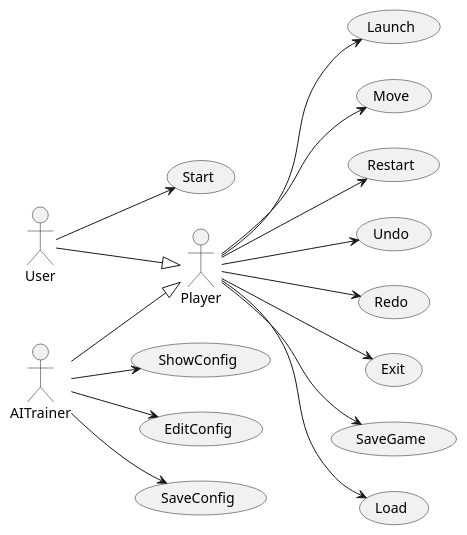
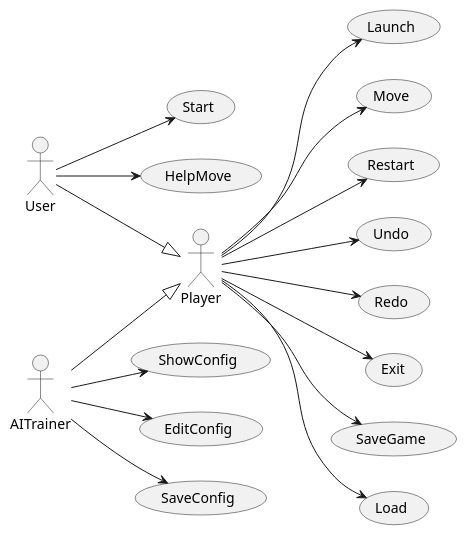
The diagram in docs/src/use-cases/use-cases.plantuml (Master-Desarrollo-20-21/patrones-diseno---practica-final---juego-de-las-damas-fraylopez), drawn with PlantUML before and after one commit. The commit also changed 5 other files, not shown here.

```diff
--- a/docs/src/use-cases/use-cases.plantuml
+++ b/docs/src/use-cases/use-cases.plantuml
@@ -1,42 +1,45 @@
 @startuml UseCases
 left to right direction
 actor User
 actor AITrainer
 actor Player
 
 AITrainer -down-|> Player
 User -down-|> Player
 
 usecase Launch
-usecase Start
 usecase Move
 usecase Restart
 usecase Undo
 usecase Redo
 usecase Exit
 usecase SaveGame
 usecase Load
 
 Player --> Launch
 Player --> Undo
 Player --> Redo
 Player --> Exit
 Player --> SaveGame
 Player --> Restart
 Player --> Load
 Player --> Move
 
+usecase Start
+usecase HelpMove
+
 User --> Start
+User --> HelpMove
 ' User --> Move
 
 usecase ShowConfig
 usecase EditConfig
 usecase SaveConfig
 ' usecase AITrainerMove
 
 AITrainer --> ShowConfig
 AITrainer --> EditConfig
 AITrainer --> SaveConfig
 ' AITrainer --> AITrainerMove
 
 @enduml
```
